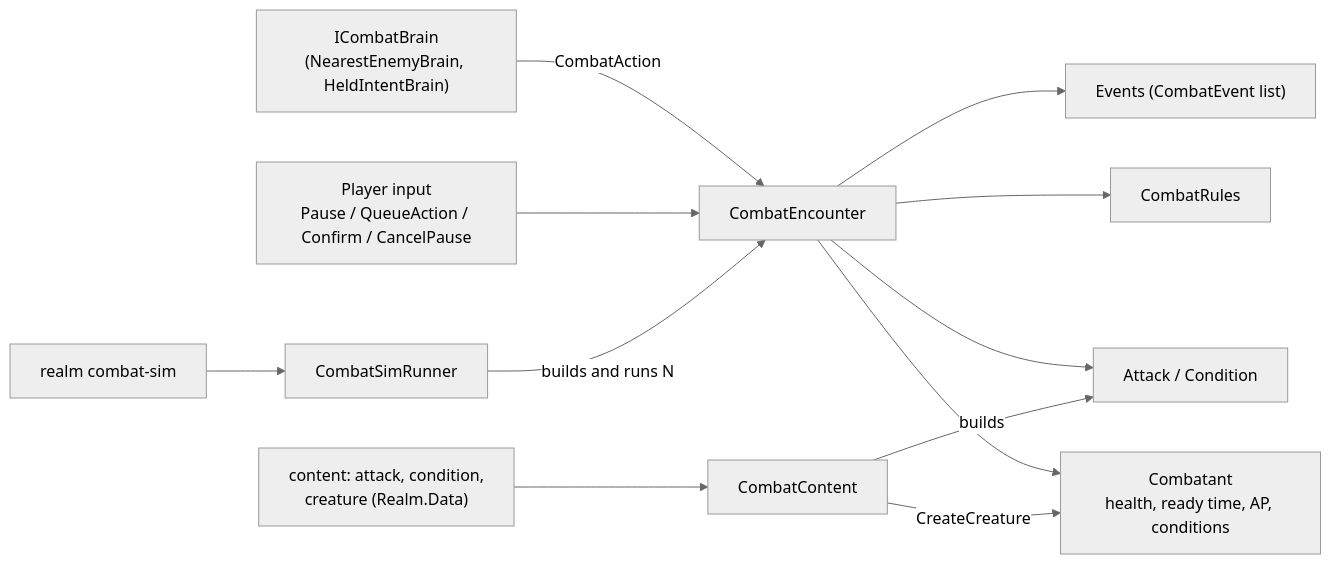
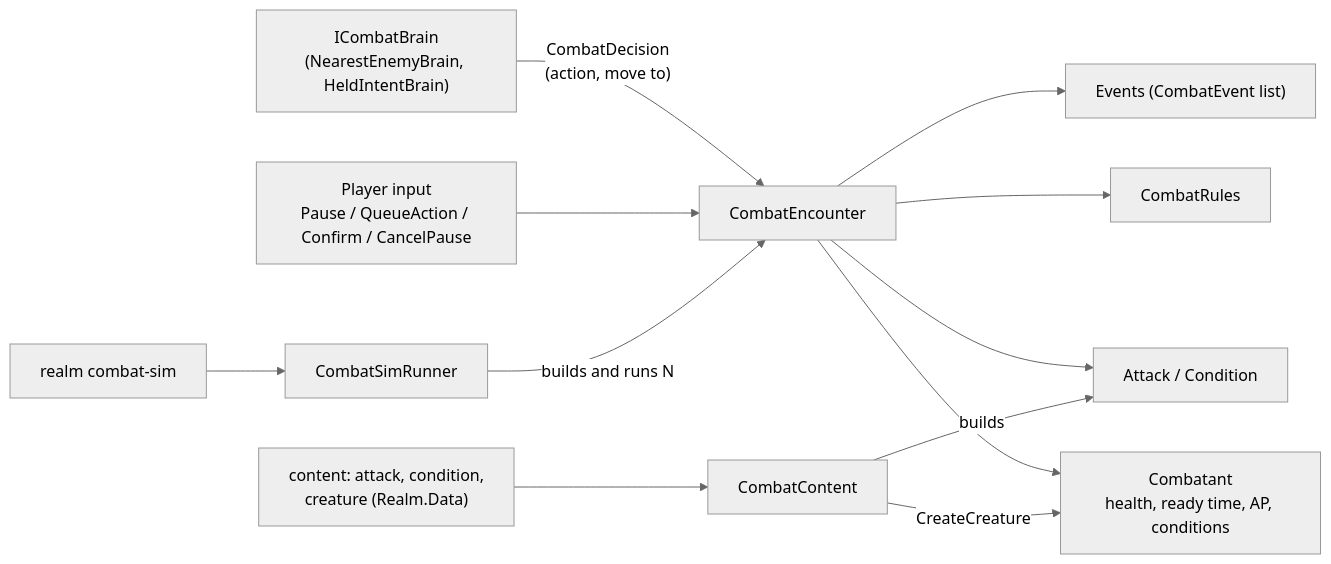
The diagram in docs/systems/combat.md (huuuda-aus/big-ass-world), drawn with Mermaid (neutral theme) before and after one commit. The commit also changed other lines of this file and 28 other files, not shown here.

````diff
--- a/docs/systems/combat.md
+++ b/docs/systems/combat.md
@@ -30,14 +31,14 @@
 ```mermaid
 flowchart LR
-  B["ICombatBrain<br/>(NearestEnemyBrain, HeldIntentBrain)"] -->|CombatAction| E[CombatEncounter]
+  B["ICombatBrain<br/>(NearestEnemyBrain, HeldIntentBrain)"] -->|"CombatDecision<br/>(action, move to)"| E[CombatEncounter]
   P["Player input<br/>Pause / QueueAction / Confirm / CancelPause"] --> E
   E --> C["Combatant<br/>health, ready time, AP, conditions"]
   E --> R[CombatRules]
   E --> A["Attack / Condition"]
   Y["content: attack, condition,<br/>creature (Realm.Data)"] --> CC[CombatContent]
   CC -->|builds| A
   CC -->|CreateCreature| C
   E --> Ev["Events (CombatEvent list)"]
   Run[CombatSimRunner] -->|builds and runs N| E
   Cli["realm combat-sim"] --> Run
 ```
````
